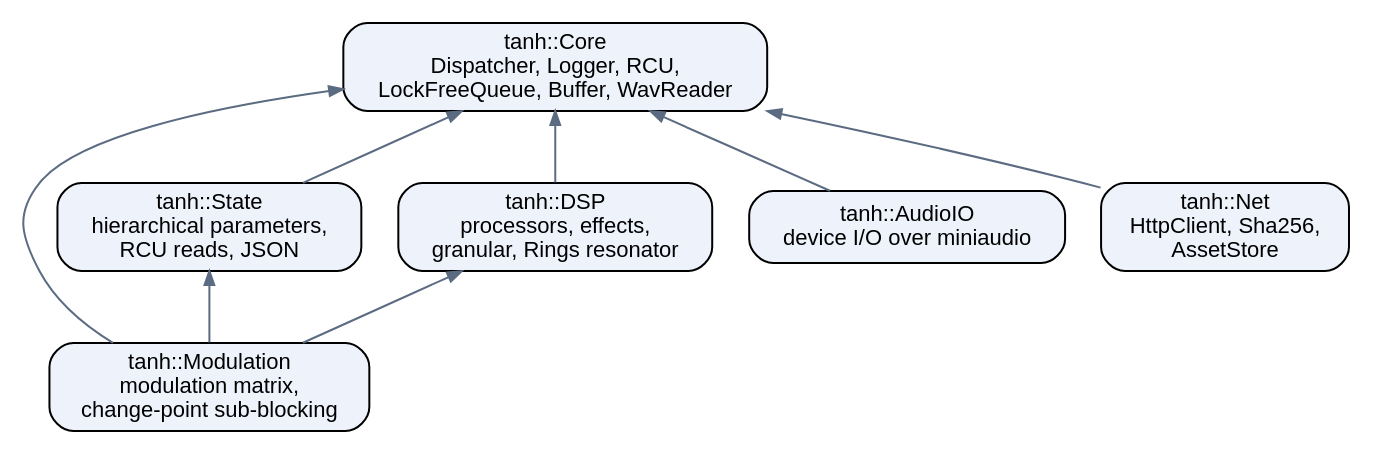
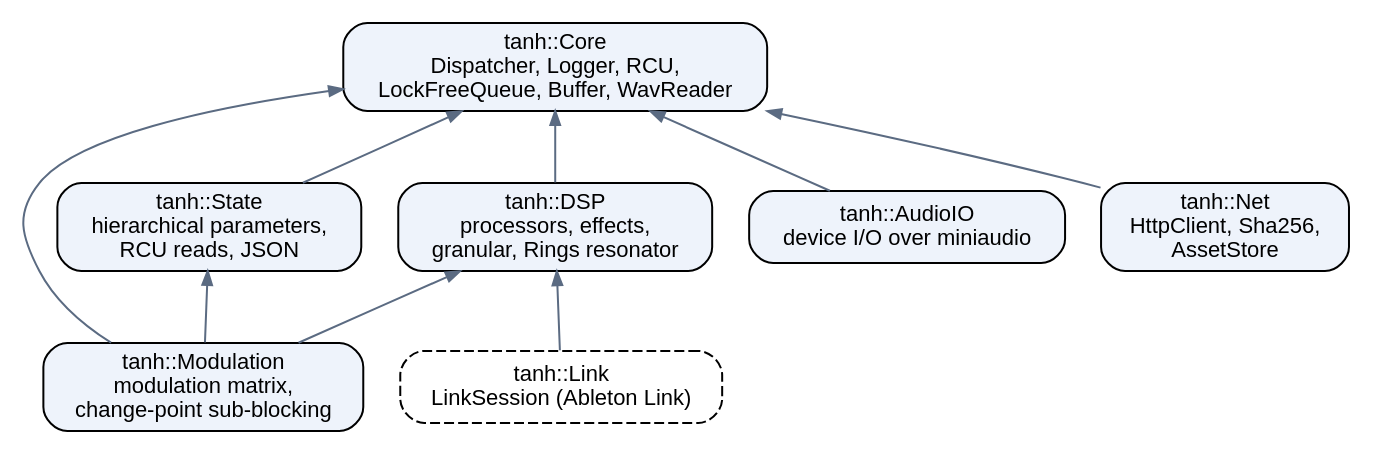
The diagram in docs/sphinx/components.rst (tanh-lab/tanh-lib), drawn with Graphviz before and after one commit. The commit also changed other lines of this file and 6 other files, not shown here.

Commit message:
Document TransportInfo, the clocks, XYPad and Ableton Link in a new transport docs page and the changelog.

```diff
--- a/docs/sphinx/components.rst
+++ b/docs/sphinx/components.rst
@@ -9,23 +9,25 @@
 .. graphviz::
    :align: center
 
    digraph components {
        rankdir = BT;
        node [shape=box, style="rounded,filled", fillcolor="#eef3fb", fontname="Helvetica", fontsize=11];
        edge [color="#5b6b82", arrowsize=0.7];
 
        core       [label="tanh::Core\nDispatcher, Logger, RCU,\nLockFreeQueue, Buffer, WavReader"];
        state      [label="tanh::State\nhierarchical parameters,\nRCU reads, JSON"];
        dsp        [label="tanh::DSP\nprocessors, effects,\ngranular, Rings resonator"];
        modulation [label="tanh::Modulation\nmodulation matrix,\nchange-point sub-blocking"];
        audio_io   [label="tanh::AudioIO\ndevice I/O over miniaudio"];
        net        [label="tanh::Net\nHttpClient, Sha256,\nAssetStore"];
+       link       [label="tanh::Link\nLinkSession (Ableton Link)", style="rounded,dashed"];
 
        state -> core;
        dsp -> core;
        audio_io -> core;
        net -> core;
        modulation -> core;
        modulation -> state;
        modulation -> dsp;
+       link -> dsp;
    }
```
